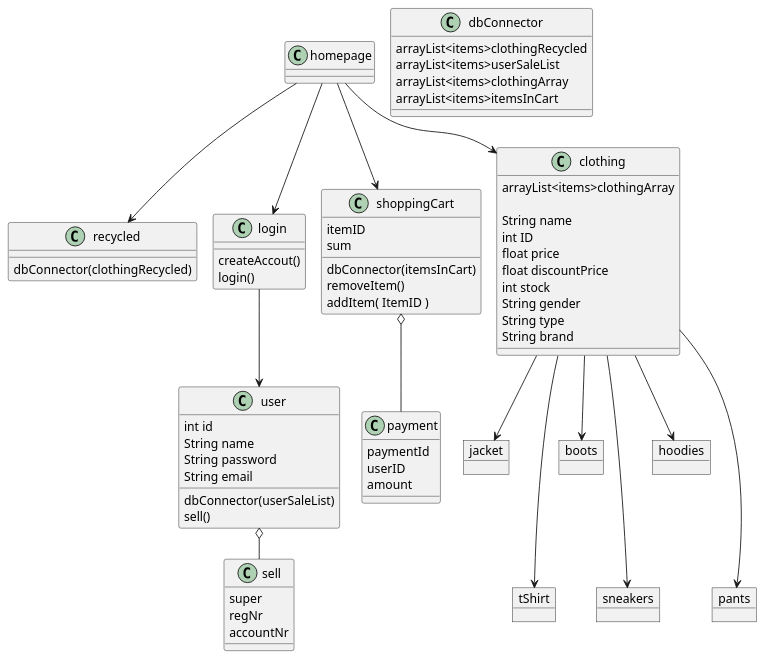
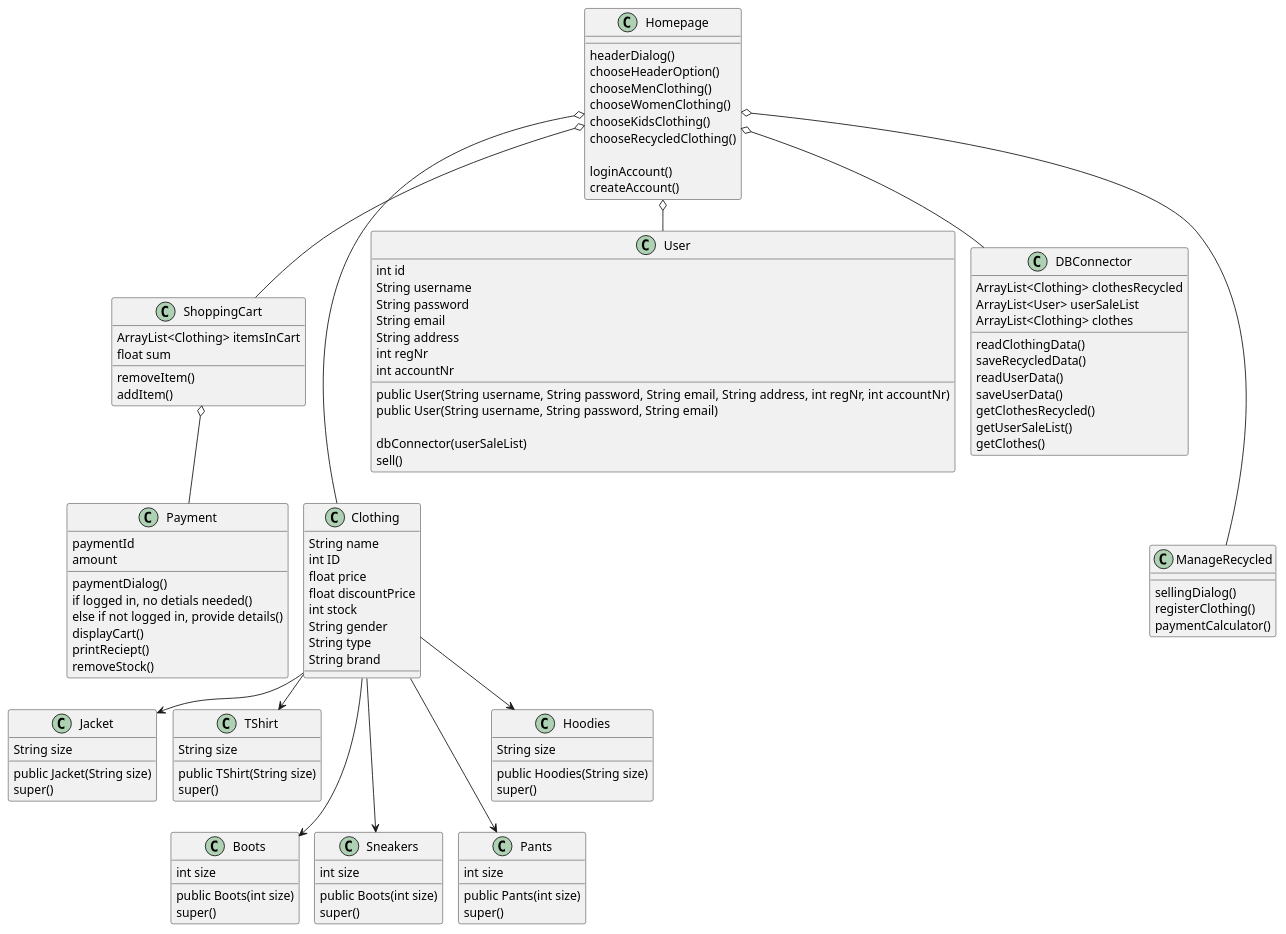
The diagram in ICE/src/main/java/doc/classDiagramICE.puml (RodneyMuyanga/ICE-Projekt-Gruppe-A), drawn with PlantUML before and after one commit.

```diff
--- a/ICE/src/main/java/doc/classDiagramICE.puml
+++ b/ICE/src/main/java/doc/classDiagramICE.puml
@@ -1,106 +1,167 @@
 @startuml
 !pragma layout smetana
 'https://plantuml.com/class-diagram
 
-class homepage
-class recycled
-class login
-class sell
-class shoppingCart
-class payment
-class clothing
+class Homepage
+class ShoppingCart
+class Payment
+class Clothing
 
-object jacket
-object tShirt
-object boots
-object sneakers
-object hoodies
-object pants
-class user
+class Jacket
+class TShirt
+class Boots
+class Sneakers
+class Pants
+class Hoodies
+class User
 
-class dbConnector
+class DBConnector
 
-homepage --> clothing
-homepage --> recycled
-homepage --> login
-homepage --> shoppingCart
-user o-- sell
+Homepage o--- Clothing
+Homepage o--- ManageRecycled
+Homepage o-- ShoppingCart
+Homepage o-- User
+Homepage o-- DBConnector
 
-shoppingCart o-- payment
+ShoppingCart o-- Payment
 
-clothing --> jacket
-clothing ---> tShirt
-clothing --> boots
-clothing ---> sneakers
-clothing --> hoodies
-clothing ---> pants
+Clothing --> TShirt
+Clothing --> Jacket
+Clothing --> Hoodies
+Clothing ---> Pants
+Clothing ---> Sneakers
+Clothing ---> Boots
 
-login --> user
 
-class clothing {
- arrayList<items>clothingArray
+class Homepage{
+
+
+    headerDialog()
+    chooseHeaderOption()
+    chooseMenClothing()
+    chooseWomenClothing()
+    chooseKidsClothing()
+    chooseRecycledClothing()
+
+    loginAccount()
+    createAccount()
+}
+
+class Clothing {
 
  String name
  int ID
  float price
  float discountPrice
  int stock
  String gender
  String type
  String brand
 }
 
+class TShirt{
+String size
+
+public TShirt(String size)
+super()
+}
+
+class Jacket{
+String size
+
+public Jacket(String size)
+super()
+}
+
+class Hoodies{
+String size
+
+public Hoodies(String size)
+super()
+}
+
+class Pants{
+int size
+
+public Pants(int size)
+super()
+}
 
 
-class shoppingCart {
-    itemID
-    sum
-
-    dbConnector(itemsInCart)
-    removeItem()
-    addItem( ItemID )
-
+class Sneakers{
+int size
+public Boots(int size)
+super()
 }
 
-class login {
-    createAccout()
-    login()
-
+class Boots{
+int size
+public Boots(int size)
+super()
 }
 
-class user {
+
+class ShoppingCart {
+    ArrayList<Clothing> itemsInCart
+    float sum
+
+    removeItem()
+    addItem()
+}
+
+class User {
     int id
-    String name
+    String username
     String password
     String email
+    String address
+    int regNr
+    int accountNr
+
+    public User(String username, String password, String email, String address, int regNr, int accountNr)
+    public User(String username, String password, String email)
 
     dbConnector(userSaleList)
     sell()
 }
 
 
-class sell {
-    super
-    regNr
-    accountNr
+class Payment {
+
+    paymentId
+    amount
+
+
+    paymentDialog()
+    if logged in, no detials needed()
+    else if not logged in, provide details()
+    displayCart()
+    printReciept()
+    removeStock()
 }
 
-class payment {
-
-    paymentId
-    userID
-    amount
+class ManageRecycled {
+    sellingDialog()
+    registerClothing()
+    paymentCalculator()
 }
 
-class recycled {
-    dbConnector(clothingRecycled)
-}
+class DBConnector {
+    ArrayList<Clothing> clothesRecycled
+    ArrayList<User> userSaleList
+    ArrayList<Clothing> clothes
 
-class dbConnector {
-    arrayList<items>clothingRecycled
-    arrayList<items>userSaleList
-    arrayList<items>clothingArray
-    arrayList<items>itemsInCart
+    readClothingData()
+    saveRecycledData()
+    readUserData()
+    saveUserData()
+
+
+    getClothesRecycled()
+    getUserSaleList()
+    getClothes()
+
+
 }
 
 @enduml
```
